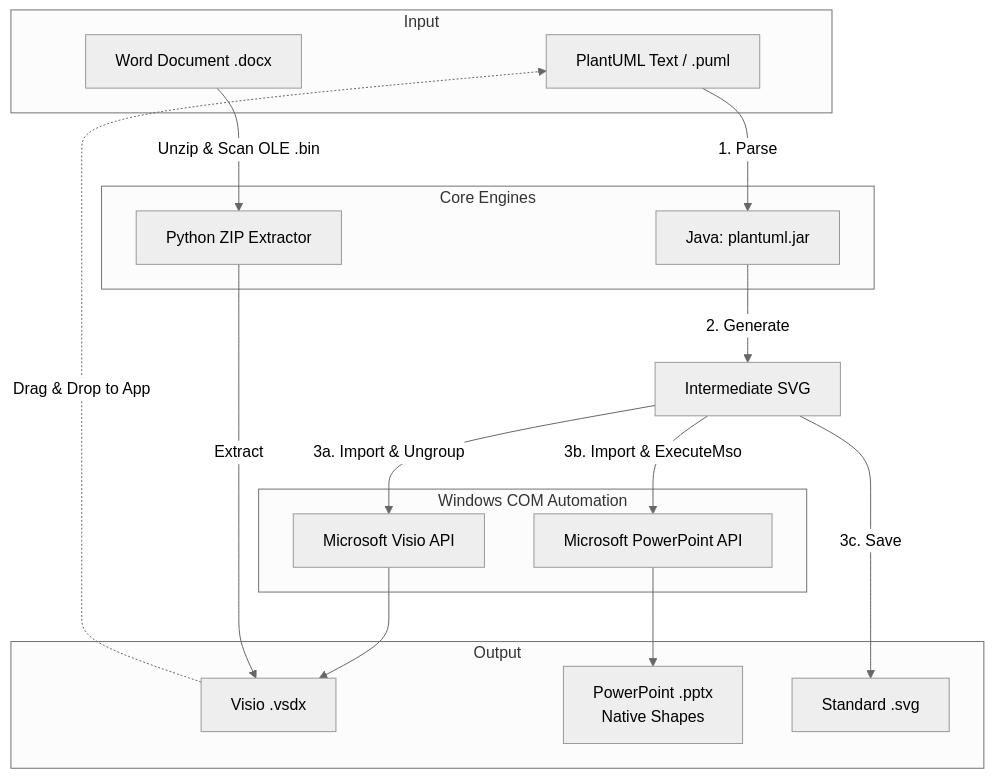
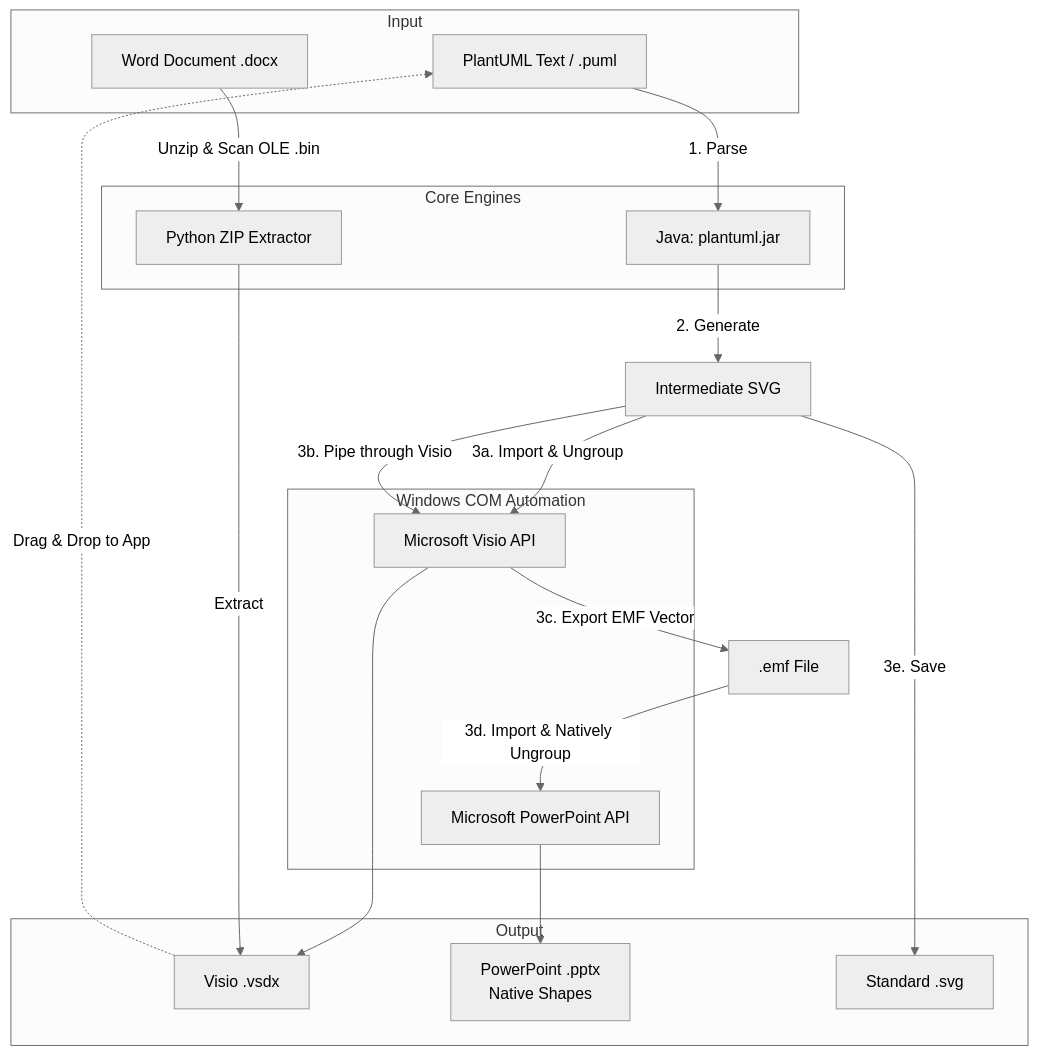
One commit to telekom/3gpp-meeting-tools changed the first of 2 diagrams in puml2visio/README.md. Above: the diagram before and after it, drawn with Mermaid (neutral theme). The commit also changed other lines of this file, not shown here.

````diff
--- a/puml2visio/README.md
+++ b/puml2visio/README.md
@@ -34,39 +35,41 @@
 ```mermaid
 graph TD
     subgraph Input
         A[PlantUML Text / .puml]
         W[Word Document .docx]
     end
 
     subgraph Core Engines
         J[Java: plantuml.jar]
         P[Python ZIP Extractor]
     end
 
     subgraph Windows COM Automation
         V[Microsoft Visio API]
         PPT[Microsoft PowerPoint API]
     end
 
     subgraph Output
         OutV[Visio .vsdx]
         OutP[PowerPoint .pptx<br>Native Shapes]
         OutS[Standard .svg]
     end
 
     A -- "1. Parse" --> J
     J -- "2. Generate" --> SVG[Intermediate SVG]
     
     SVG -- "3a. Import & Ungroup" --> V
     V --> OutV
 
-    SVG -- "3b. Import & ExecuteMso" --> PPT
+    SVG -- "3b. Pipe through Visio" --> V
+    V -- "3c. Export EMF Vector" --> EMF[.emf File]
+    EMF -- "3d. Import & Natively Ungroup" --> PPT
     PPT --> OutP
 
-    SVG -- "3c. Save" --> OutS
+    SVG -- "3e. Save" --> OutS
     
     W -- "Unzip & Scan OLE .bin" --> P
     P -- "Extract" --> OutV
 
     OutV -. "Drag & Drop to App" .-> A
 ```
````
